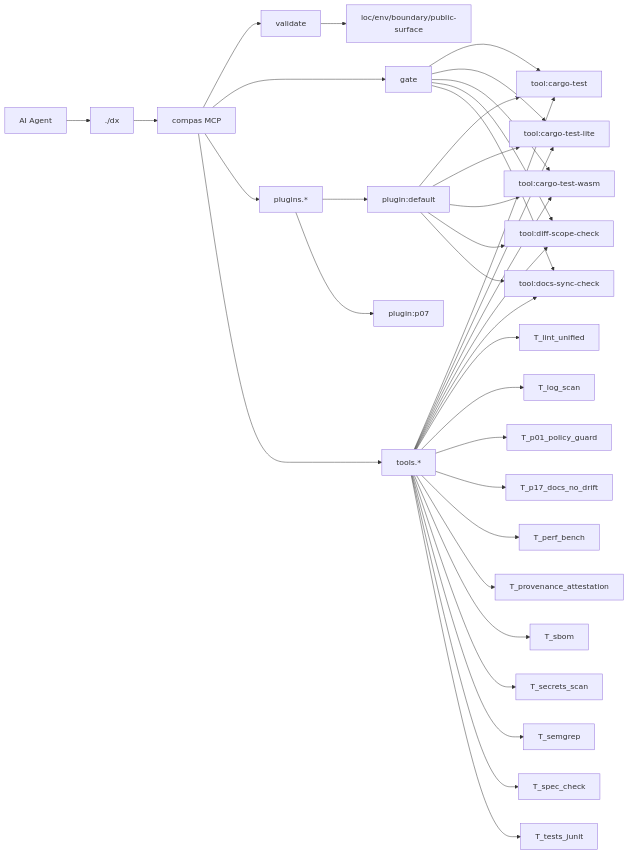
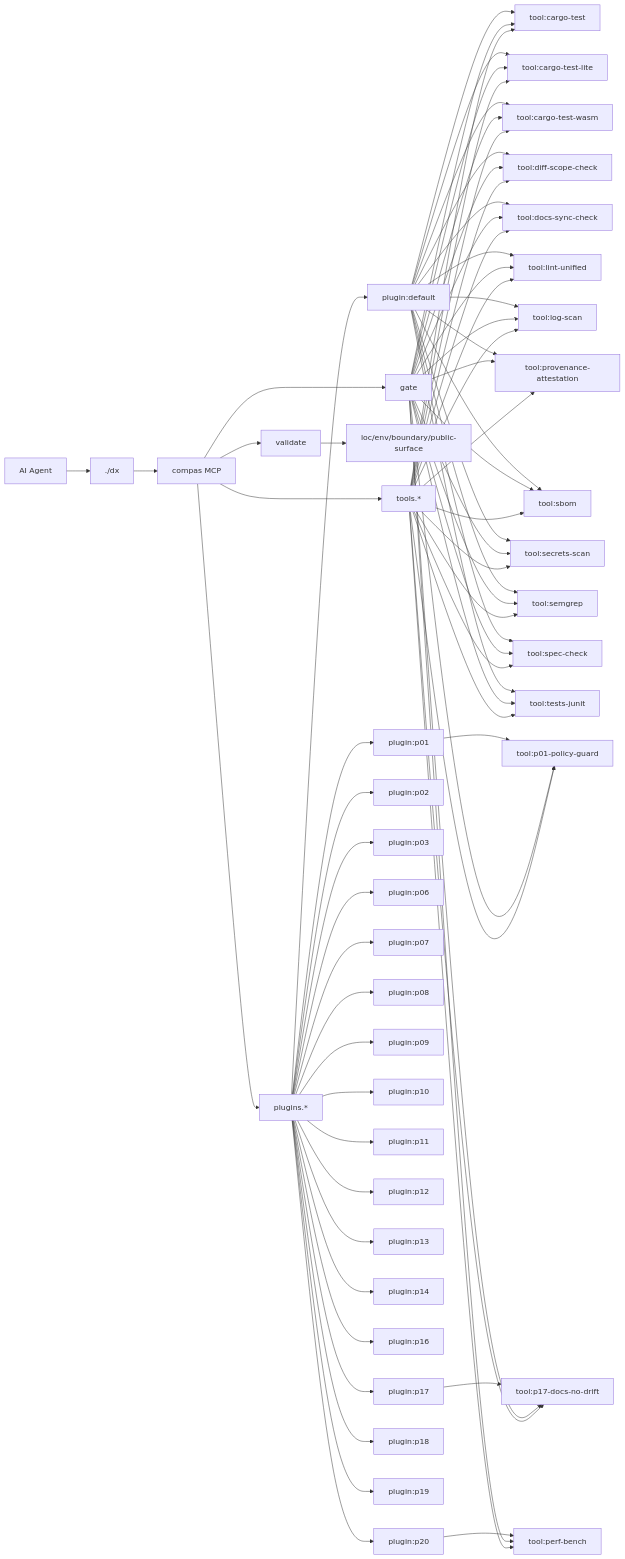
One commit to AmirTlinov/compas changed the diagram in AGENTS.md. Above: the diagram before and after it, drawn with Mermaid. The commit also changed other lines of this file and 3 other files, not shown here.

````diff
--- a/AGENTS.md
+++ b/AGENTS.md
@@ -63,38 +79,76 @@
 ```mermaid
 flowchart LR
   Agent[AI Agent] --> DX[./dx]
   DX --> MCP[compas MCP]
   MCP --> V[validate]
   MCP --> G[gate]
   MCP --> PL[plugins.*]
   MCP --> TL[tools.*]
   V --> C1[loc/env/boundary/public-surface]
   PL --> P_default["plugin:default"]
   P_default --> T_cargo_test["tool:cargo-test"]
   G --> T_cargo_test
   P_default --> T_cargo_test_lite["tool:cargo-test-lite"]
   G --> T_cargo_test_lite
   P_default --> T_cargo_test_wasm["tool:cargo-test-wasm"]
   G --> T_cargo_test_wasm
   P_default --> T_diff_scope_check["tool:diff-scope-check"]
   G --> T_diff_scope_check
   P_default --> T_docs_sync_check["tool:docs-sync-check"]
   G --> T_docs_sync_check
+  P_default --> T_lint_unified["tool:lint-unified"]
+  G --> T_lint_unified
+  P_default --> T_log_scan["tool:log-scan"]
+  G --> T_log_scan
+  P_default --> T_provenance_attestation["tool:provenance-attestation"]
+  G --> T_provenance_attestation
+  P_default --> T_sbom["tool:sbom"]
+  G --> T_sbom
+  P_default --> T_secrets_scan["tool:secrets-scan"]
+  G --> T_secrets_scan
+  P_default --> T_semgrep["tool:semgrep"]
+  G --> T_semgrep
+  P_default --> T_spec_check["tool:spec-check"]
+  G --> T_spec_check
+  P_default --> T_tests_junit["tool:tests-junit"]
+  G --> T_tests_junit
+  PL --> P_p01["plugin:p01"]
+  P_p01 --> T_p01_policy_guard["tool:p01-policy-guard"]
+  G --> T_p01_policy_guard
+  PL --> P_p02["plugin:p02"]
+  PL --> P_p03["plugin:p03"]
+  PL --> P_p06["plugin:p06"]
   PL --> P_p07["plugin:p07"]
+  PL --> P_p08["plugin:p08"]
+  PL --> P_p09["plugin:p09"]
+  PL --> P_p10["plugin:p10"]
+  PL --> P_p11["plugin:p11"]
+  PL --> P_p12["plugin:p12"]
+  PL --> P_p13["plugin:p13"]
+  PL --> P_p14["plugin:p14"]
+  PL --> P_p16["plugin:p16"]
+  PL --> P_p17["plugin:p17"]
+  P_p17 --> T_p17_docs_no_drift["tool:p17-docs-no-drift"]
+  G --> T_p17_docs_no_drift
+  PL --> P_p18["plugin:p18"]
+  PL --> P_p19["plugin:p19"]
+  PL --> P_p20["plugin:p20"]
+  P_p20 --> T_perf_bench["tool:perf-bench"]
+  G --> T_perf_bench
   TL --> T_cargo_test
   TL --> T_cargo_test_lite
   TL --> T_cargo_test_wasm
   TL --> T_diff_scope_check
   TL --> T_docs_sync_check
   TL --> T_lint_unified
   TL --> T_log_scan
   TL --> T_p01_policy_guard
   TL --> T_p17_docs_no_drift
   TL --> T_perf_bench
   TL --> T_provenance_attestation
   TL --> T_sbom
   TL --> T_secrets_scan
   TL --> T_semgrep
   TL --> T_spec_check
   TL --> T_tests_junit
 ```
````
